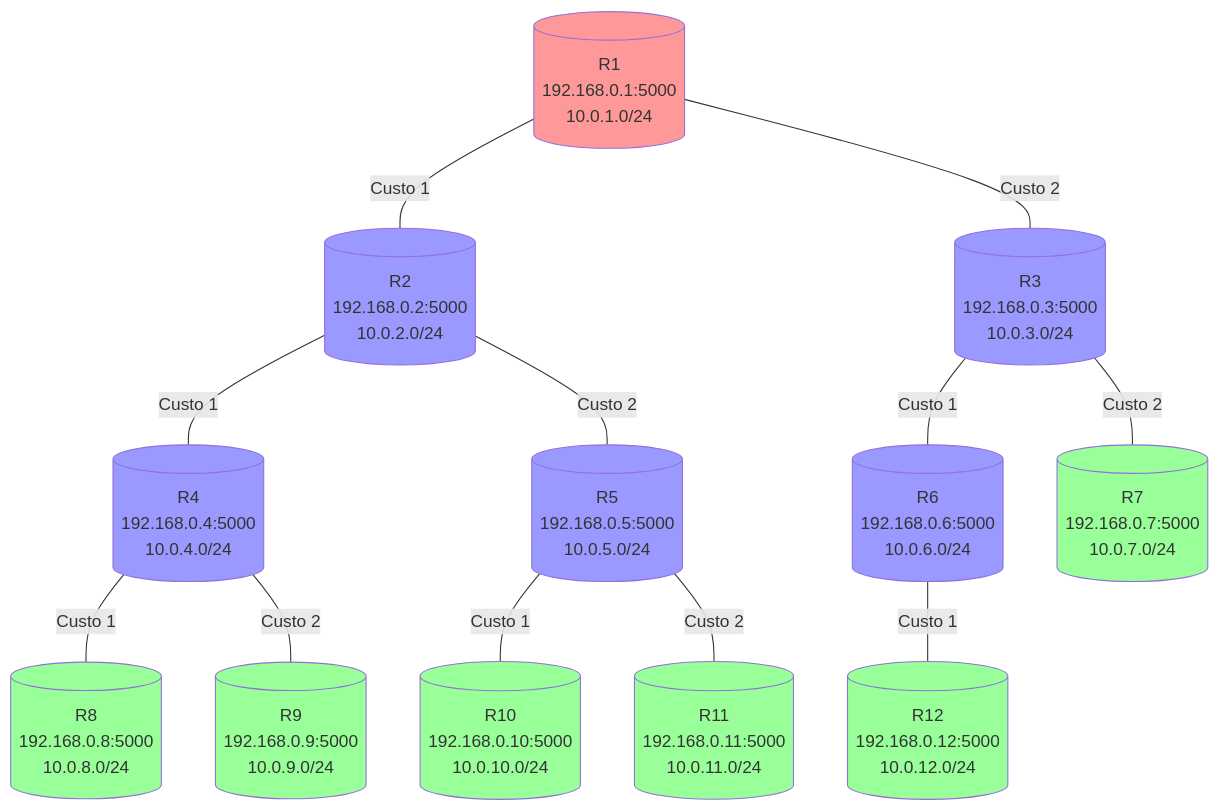
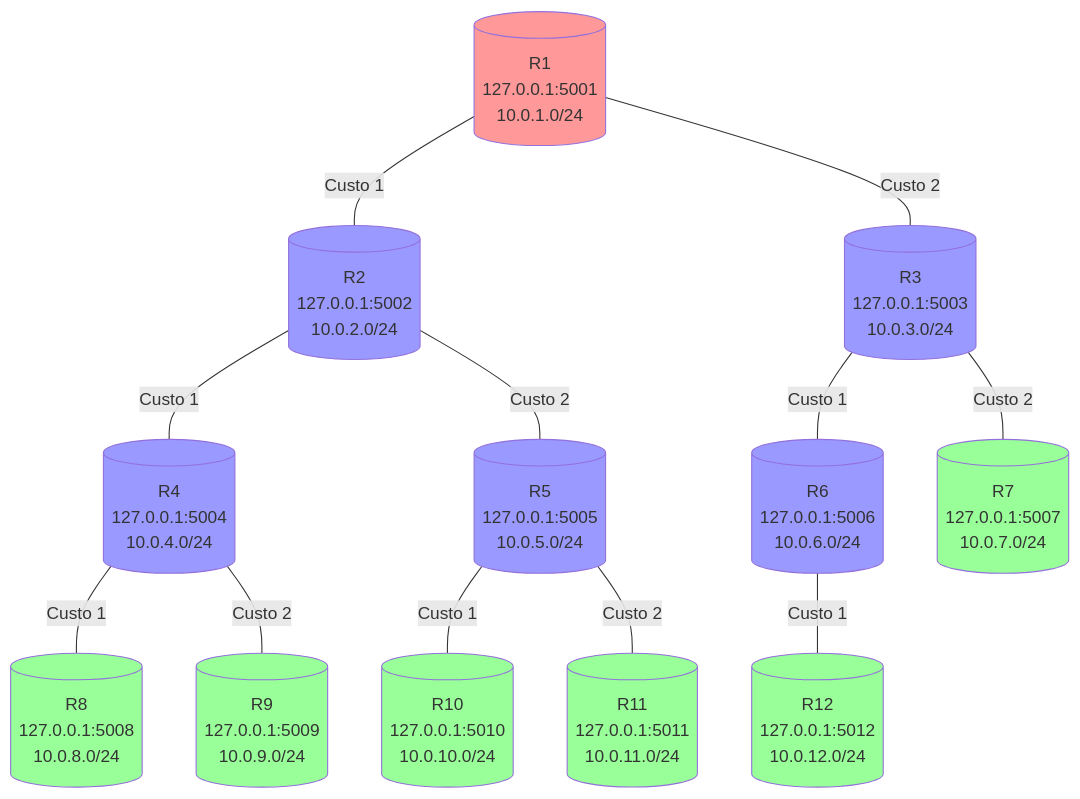
One commit to magnofilipe/redes-de-computadores-25-1 changed the diagram in Laboratorio-3/roteamento/grupo7/architecture.md. Above: the diagram before and after it, drawn with Mermaid. The commit also changed 17 other files, not shown here.

````diff
--- a/Laboratorio-3/roteamento/grupo7/architecture.md
+++ b/Laboratorio-3/roteamento/grupo7/architecture.md
@@ -3,42 +3,42 @@
 ```mermaid
 graph TD
-    R1[("R1<br/>192.168.0.1:5000<br/>10.0.1.0/24")]
-    R2[("R2<br/>192.168.0.2:5000<br/>10.0.2.0/24")]
-    R3[("R3<br/>192.168.0.3:5000<br/>10.0.3.0/24")]
-    R4[("R4<br/>192.168.0.4:5000<br/>10.0.4.0/24")]
-    R5[("R5<br/>192.168.0.5:5000<br/>10.0.5.0/24")]
-    R6[("R6<br/>192.168.0.6:5000<br/>10.0.6.0/24")]
-    R7[("R7<br/>192.168.0.7:5000<br/>10.0.7.0/24")]
-    R8[("R8<br/>192.168.0.8:5000<br/>10.0.8.0/24")]
-    R9[("R9<br/>192.168.0.9:5000<br/>10.0.9.0/24")]
-    R10[("R10<br/>192.168.0.10:5000<br/>10.0.10.0/24")]
-    R11[("R11<br/>192.168.0.11:5000<br/>10.0.11.0/24")]
-    R12[("R12<br/>192.168.0.12:5000<br/>10.0.12.0/24")]
+    R1[("R1<br/>127.0.0.1:5001<br/>10.0.1.0/24")]
+    R2[("R2<br/>127.0.0.1:5002<br/>10.0.2.0/24")]
+    R3[("R3<br/>127.0.0.1:5003<br/>10.0.3.0/24")]
+    R4[("R4<br/>127.0.0.1:5004<br/>10.0.4.0/24")]
+    R5[("R5<br/>127.0.0.1:5005<br/>10.0.5.0/24")]
+    R6[("R6<br/>127.0.0.1:5006<br/>10.0.6.0/24")]
+    R7[("R7<br/>127.0.0.1:5007<br/>10.0.7.0/24")]
+    R8[("R8<br/>127.0.0.1:5008<br/>10.0.8.0/24")]
+    R9[("R9<br/>127.0.0.1:5009<br/>10.0.9.0/24")]
+    R10[("R10<br/>127.0.0.1:5010<br/>10.0.10.0/24")]
+    R11[("R11<br/>127.0.0.1:5011<br/>10.0.11.0/24")]
+    R12[("R12<br/>127.0.0.1:5012<br/>10.0.12.0/24")]
 
     %% Conexões da árvore
     R1 ---|Custo 1| R2
     R1 ---|Custo 2| R3
     
     R2 ---|Custo 1| R4
     R2 ---|Custo 2| R5
     
     R3 ---|Custo 1| R6
     R3 ---|Custo 2| R7
     
     R4 ---|Custo 1| R8
     R4 ---|Custo 2| R9
     
     R5 ---|Custo 1| R10
     R5 ---|Custo 2| R11
     
     R6 ---|Custo 1| R12
 
     %% Estilo para destacar a raiz
     classDef root fill:#ff9999
     classDef leaf fill:#99ff99
     classDef internal fill:#9999ff
     
     class R1 root
     class R7,R8,R9,R10,R11,R12 leaf
     class R2,R3,R4,R5,R6 internal
 ```
````
